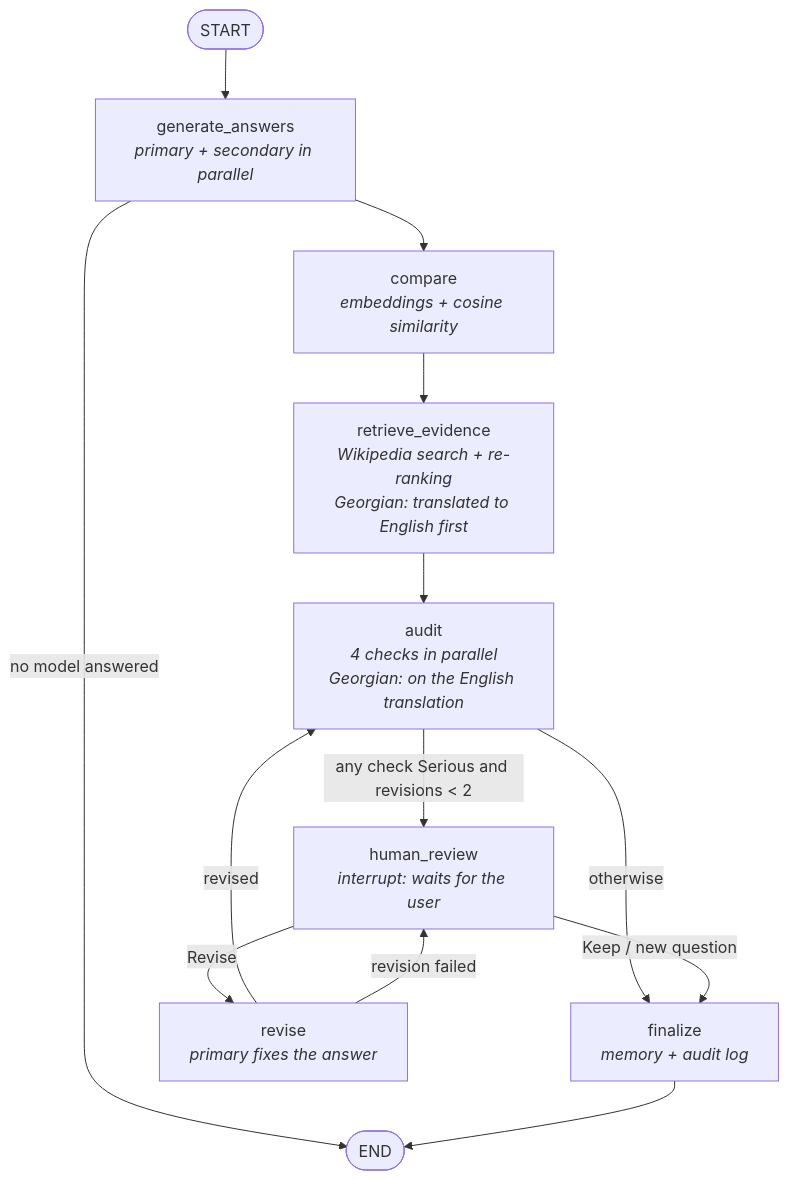
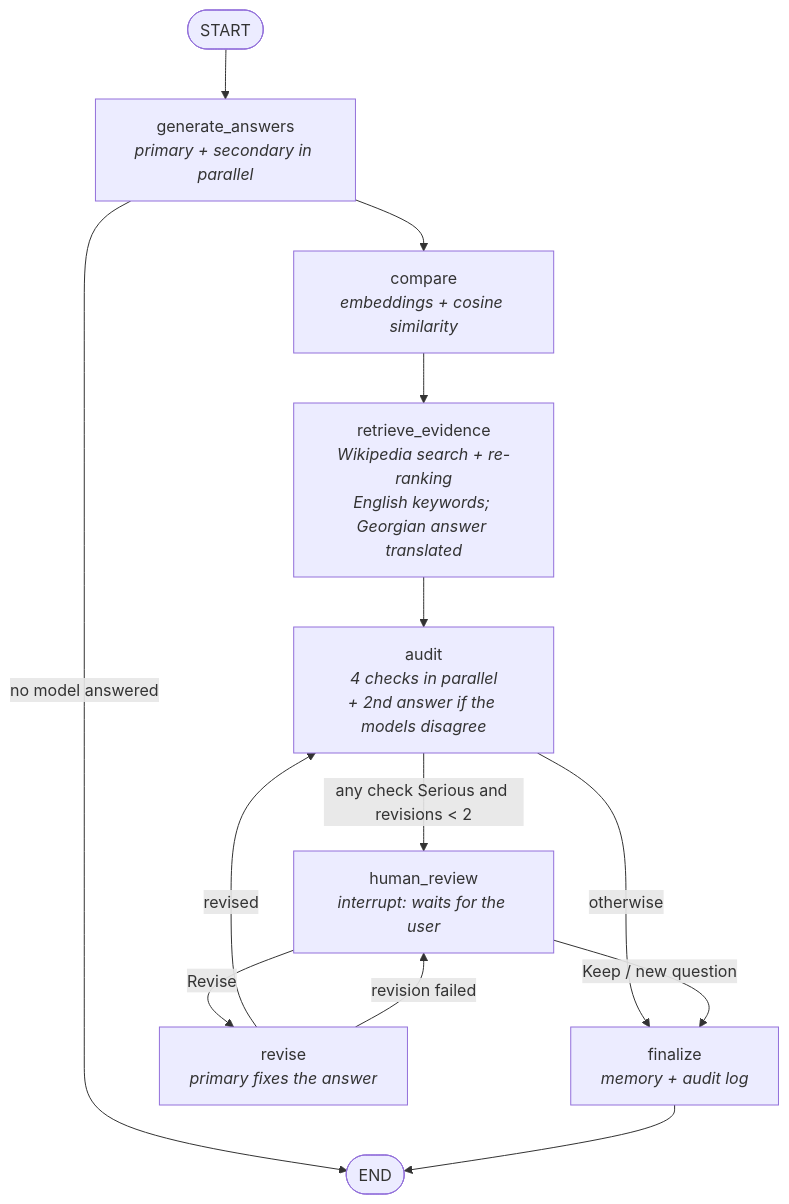
One commit to tamarkilasonia/VerdictAI changed the diagram in README.md. Above: the diagram before and after it, drawn with Mermaid. The commit also changed other lines of this file and 3 other files, not shown here.

First line of the commit message:
Check the second answer when the models disagree

````diff
--- a/README.md
+++ b/README.md
@@ -56,15 +59,15 @@
 ```mermaid
 flowchart TD
     S([START]) --> G[generate_answers<br/><i>primary + secondary in parallel</i>]
     G -->|no model answered| E([END])
     G --> C[compare<br/><i>embeddings + cosine similarity</i>]
-    C --> R[retrieve_evidence<br/><i>Wikipedia search + re-ranking<br/>Georgian: translated to English first</i>]
-    R --> A[audit<br/><i>4 checks in parallel<br/>Georgian: on the English translation</i>]
+    C --> R[retrieve_evidence<br/><i>Wikipedia search + re-ranking<br/>English keywords; Georgian answer translated</i>]
+    R --> A[audit<br/><i>4 checks in parallel<br/>+ 2nd answer if the models disagree</i>]
     A -->|"any check Serious and revisions < 2"| H[human_review<br/><i>interrupt: waits for the user</i>]
     A -->|otherwise| F[finalize<br/><i>memory + audit log</i>]
     H -->|Revise| V[revise<br/><i>primary fixes the answer</i>]
     H -->|Keep / new question| F
     V -->|revised| A
     V -->|revision failed| H
     F --> E
 ```
````
